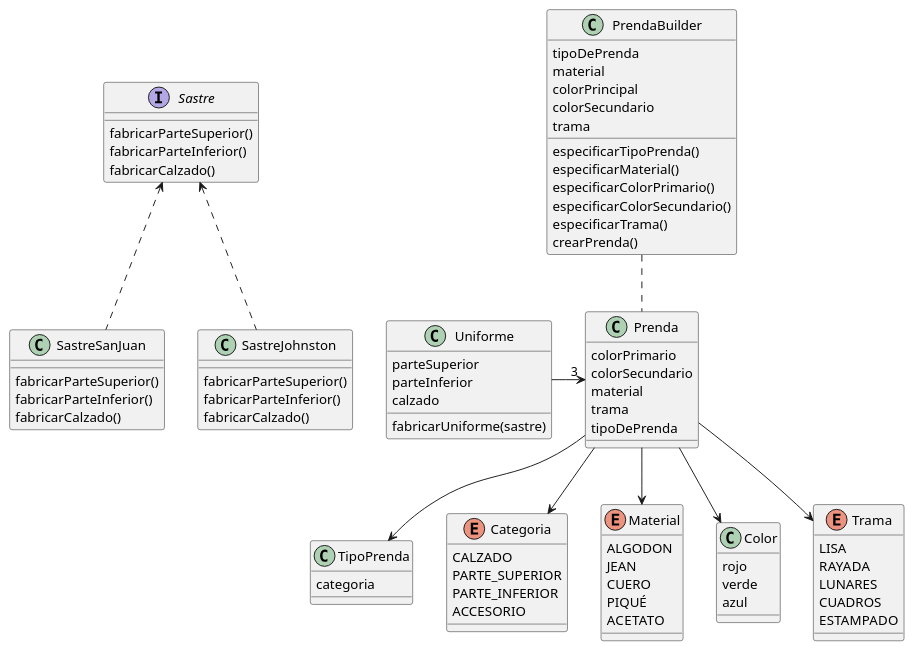
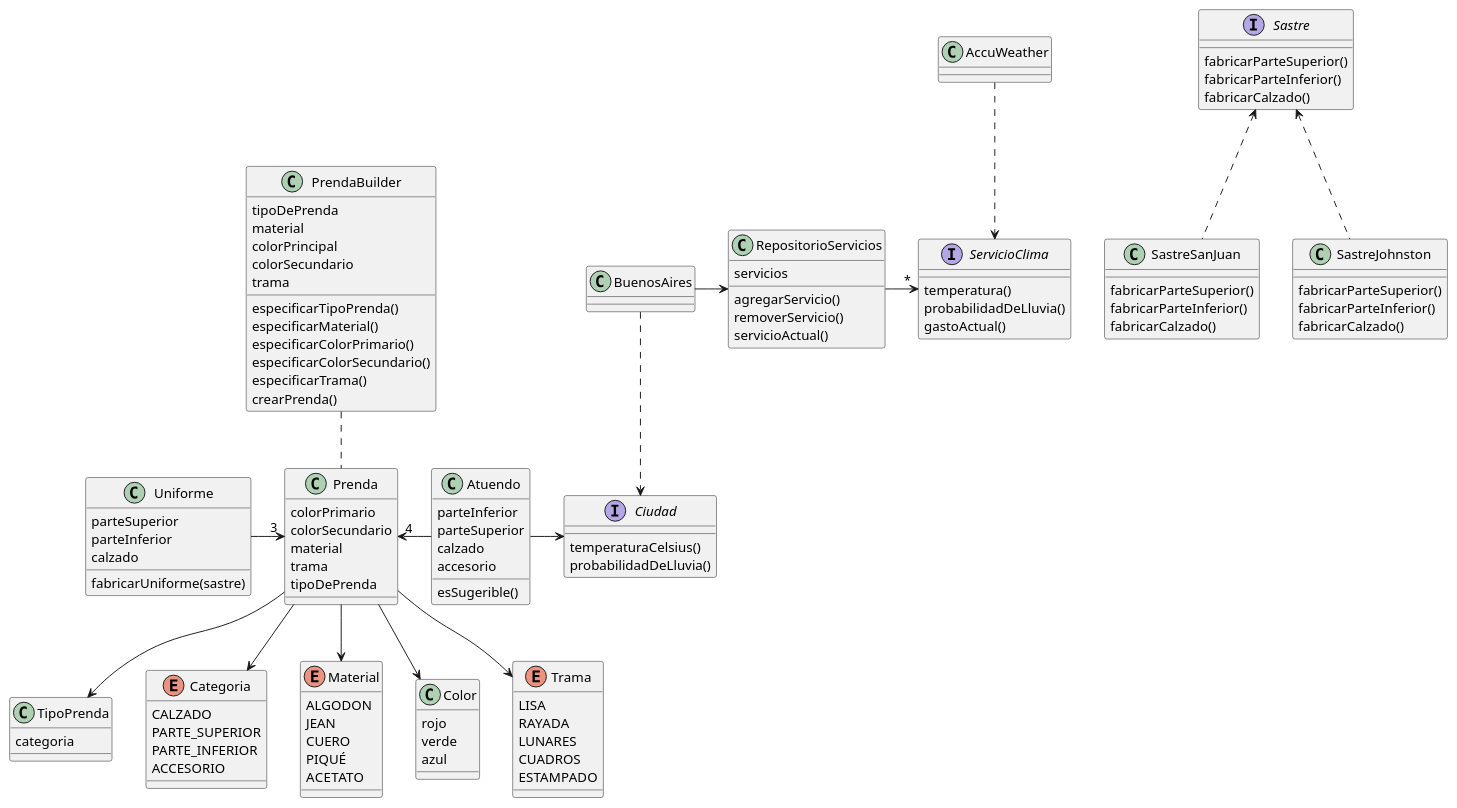
One commit to SwaXTech/QMP-1ra-Iteracion changed the diagram in TerceraIteracion/diagramaDeclases.plantuml. Above: the diagram before and after it, drawn with PlantUML. The commit also changed 1 other file, not shown here.

Commit message:
readme y diagrama

```diff
--- a/TerceraIteracion/diagramaDeclases.plantuml
+++ b/TerceraIteracion/diagramaDeclases.plantuml
@@ -1,122 +1,138 @@
 @startuml QMP Tercera Iteración
 
 class Prenda{
   colorPrimario
   colorSecundario
   material
   trama
   tipoDePrenda
 }
 
 Prenda -d-> TipoPrenda
 class TipoPrenda{
   categoria
 }
 Prenda -d-> Categoria
 enum Categoria{
   CALZADO
   PARTE_SUPERIOR
   PARTE_INFERIOR
   ACCESORIO
 }
 
 Prenda -d-> Material
 enum Material{
   ALGODON
   JEAN
   CUERO
   PIQUÉ
   ACETATO
 }
 
 Prenda -d-> Color
 class Color{
   rojo
   verde
   azul
 }
 
 
 
 Prenda -d-> Trama
 enum Trama{
   LISA
   RAYADA
   LUNARES
   CUADROS
   ESTAMPADO
 }
 
-
-' Negocio -> "*" Prenda
-' Negocio -> Prenda
-' class Negocio{
-
-'   últimoBorrador
-'   prendas[]
-'   uniformes[]
-
-'   validarYAgregarPrenda(unaPrenda)
-'   guardarBorrador(unaPrenda)
-
-'   recibirSugerencia(unUniforme)
-
-' }
-
-
-' Uniforme -l-> Prenda
-' Uniforme -l-> Prenda
-' Uniforme -l-> Prenda
-' class Uniforme{
-'   parteSuperior
-'   parteInferior
-'   calzado
-' }
-
 PrendaBuilder .. Prenda
 class PrendaBuilder{
 
   tipoDePrenda
   material
   colorPrincipal
   colorSecundario
   trama
 
   especificarTipoPrenda()
   especificarMaterial()
   especificarColorPrimario()
   especificarColorSecundario()
   especificarTrama()
   crearPrenda()
 }
 
 Uniforme ->"3" Prenda
 class Uniforme{
   parteSuperior
   parteInferior
   calzado
 
   fabricarUniforme(sastre)
 }
 
 interface Sastre{
   fabricarParteSuperior()
   fabricarParteInferior()
   fabricarCalzado()
 }
 
 class SastreSanJuan{
   fabricarParteSuperior()
   fabricarParteInferior()
   fabricarCalzado()
 }
 class SastreJohnston{
   fabricarParteSuperior()
   fabricarParteInferior()
   fabricarCalzado()
 }
 
 SastreSanJuan .u.> Sastre
 SastreJohnston .u.> Sastre
 
+
+RepositorioServicios -> "*" ServicioClima
+class RepositorioServicios{
+  servicios
+  agregarServicio()
+  removerServicio()
+  servicioActual()
+}
+
+interface ServicioClima{
+  temperatura()
+  probabilidadDeLluvia()
+  gastoActual()
+}
+
+
+AccuWeather ..> ServicioClima
+class AccuWeather{
+  
+}
+
+interface Ciudad{
+  temperaturaCelsius()
+  probabilidadDeLluvia()
+}
+
+BuenosAires -> RepositorioServicios
+BuenosAires ..> Ciudad
+class BuenosAires{}
+
+Atuendo -l-> "4" Prenda
+Atuendo -> Ciudad
+class Atuendo{
+  parteInferior
+  parteSuperior
+  calzado
+  accesorio
+  esSugerible()
+}
+
+
+
 @enduml
```
